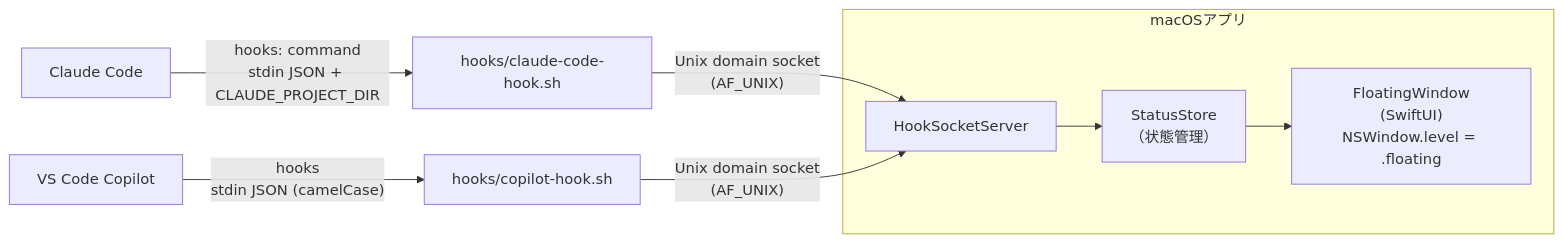
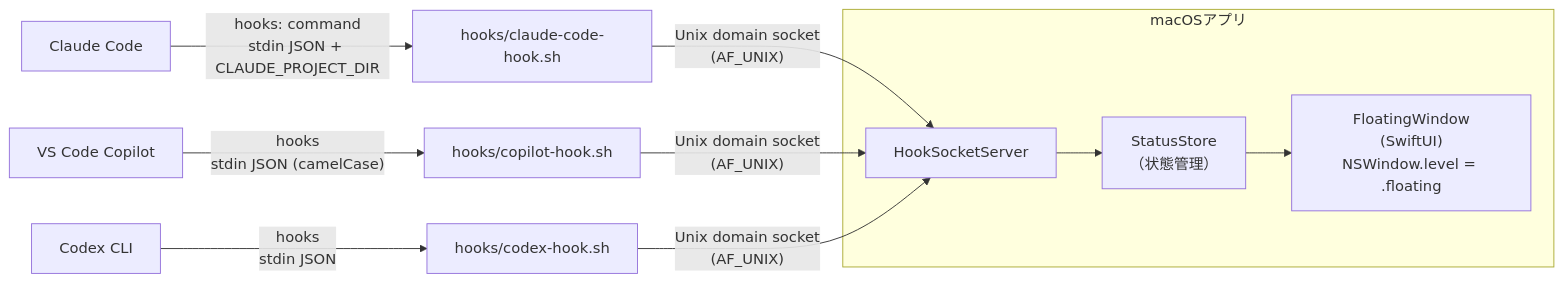
Before and after one commit to noboru-i/ai-progress-monitor: the diagram in README.md, drawn with Mermaid. The commit also changed other lines of this file and 6 other files, not shown here.

First line of the commit message:
feat: Codex CLI のhooksに対応する

````diff
--- a/README.md
+++ b/README.md
@@ -11,15 +11,17 @@
 ```mermaid
 flowchart LR
     CC["Claude Code"] -->|"hooks: command\nstdin JSON + CLAUDE_PROJECT_DIR"| CCH["hooks/claude-code-hook.sh"]
     CP["VS Code Copilot"] -->|"hooks\nstdin JSON (camelCase)"| CPH["hooks/copilot-hook.sh"]
+    CX["Codex CLI"] -->|"hooks\nstdin JSON"| CXH["hooks/codex-hook.sh"]
 
     CCH -->|"Unix domain socket\n(AF_UNIX)"| HSS
     CPH -->|"Unix domain socket\n(AF_UNIX)"| HSS
+    CXH -->|"Unix domain socket\n(AF_UNIX)"| HSS
 
     subgraph app["macOSアプリ"]
         HSS["HookSocketServer"]
         SS["StatusStore\n（状態管理）"]
         FW["FloatingWindow\n(SwiftUI)\nNSWindow.level = .floating"]
         HSS --> SS --> FW
     end
 ```
````
